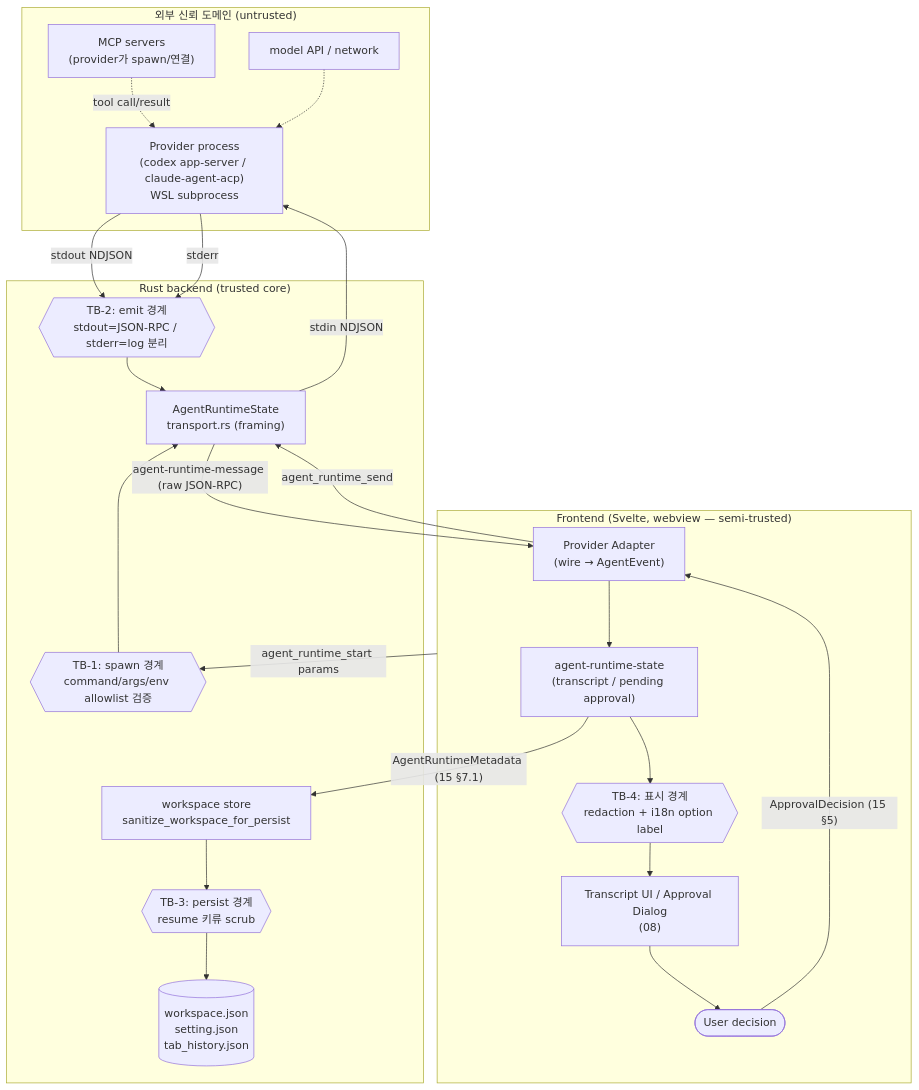
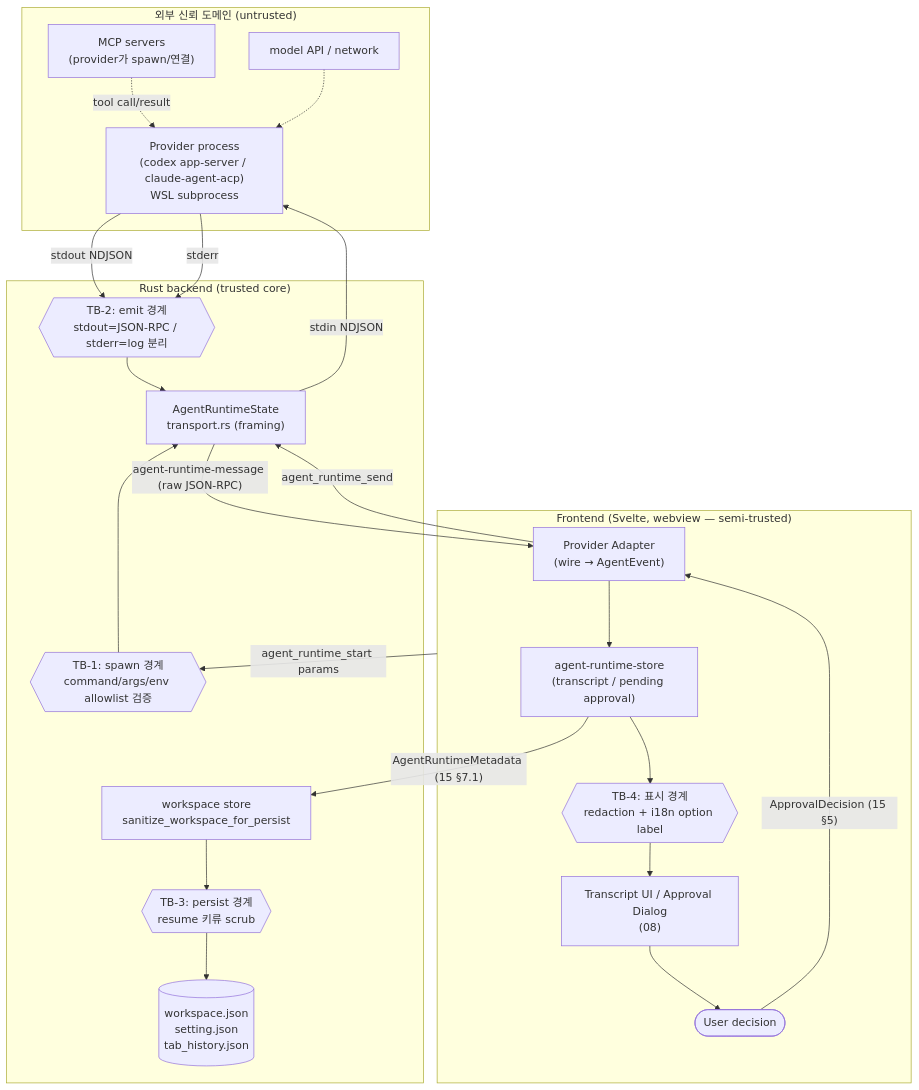
One commit to ummoftgo/clcomx changed the diagram in docs/plans/agent-direct-runtime/09-permissions-security.md. Above: the diagram before and after it, drawn with Mermaid. The commit also changed other lines of this file and 187 other files, not shown here.

First line of the commit message:
chore(agent-runtime): OQ-16 실행 전 WIP 스냅샷(클린 베이스)

````diff
--- a/docs/plans/agent-direct-runtime/09-permissions-security.md
+++ b/docs/plans/agent-direct-runtime/09-permissions-security.md
@@ -33,37 +33,37 @@
 ```mermaid
 flowchart TB
     subgraph EXT["외부 신뢰 도메인 (untrusted)"]
         PROV["Provider process<br/>(codex app-server / claude-agent-acp)<br/>WSL subprocess"]
         MCP["MCP servers<br/>(provider가 spawn/연결)"]
         NET["model API / network"]
     end
 
     subgraph BACK["Rust backend (trusted core)"]
         TB1{{"TB-1: spawn 경계<br/>command/args/env allowlist 검증"}}
         RT["AgentRuntimeState<br/>transport.rs (framing)"]
         TB2{{"TB-2: emit 경계<br/>stdout=JSON-RPC / stderr=log 분리"}}
         PERSIST["workspace store<br/>sanitize_workspace_for_persist"]
         TB3{{"TB-3: persist 경계<br/>resume 키류 scrub"}}
         DISK[("workspace.json<br/>setting.json<br/>tab_history.json")]
     end
 
     subgraph FRONT["Frontend (Svelte, webview — semi-trusted)"]
         ADAPTER["Provider Adapter<br/>(wire → AgentEvent)"]
-        STORE["agent-runtime-state<br/>(transcript / pending approval)"]
+        STORE["agent-runtime-store<br/>(transcript / pending approval)"]
         TB4{{"TB-4: 표시 경계<br/>redaction + i18n option label"}}
         UI["Transcript UI / Approval Dialog<br/>(08)"]
         USER(["User decision"])
     end
 
     PROV -->|"stdout NDJSON"| TB2 --> RT
     PROV -->|"stderr"| TB2
     MCP -.->|"tool call/result"| PROV
     NET -.-> PROV
     RT -->|"agent-runtime-message (raw JSON-RPC)"| ADAPTER
     ADAPTER --> STORE --> TB4 --> UI --> USER
     USER -->|"ApprovalDecision (15 §5)"| ADAPTER
     ADAPTER -->|"agent_runtime_send"| RT
     RT -->|"stdin NDJSON"| PROV
     FRONT -->|"agent_runtime_start params"| TB1 --> RT
     STORE -->|"AgentRuntimeMetadata (15 §7.1)"| PERSIST --> TB3 --> DISK
 ```
````
